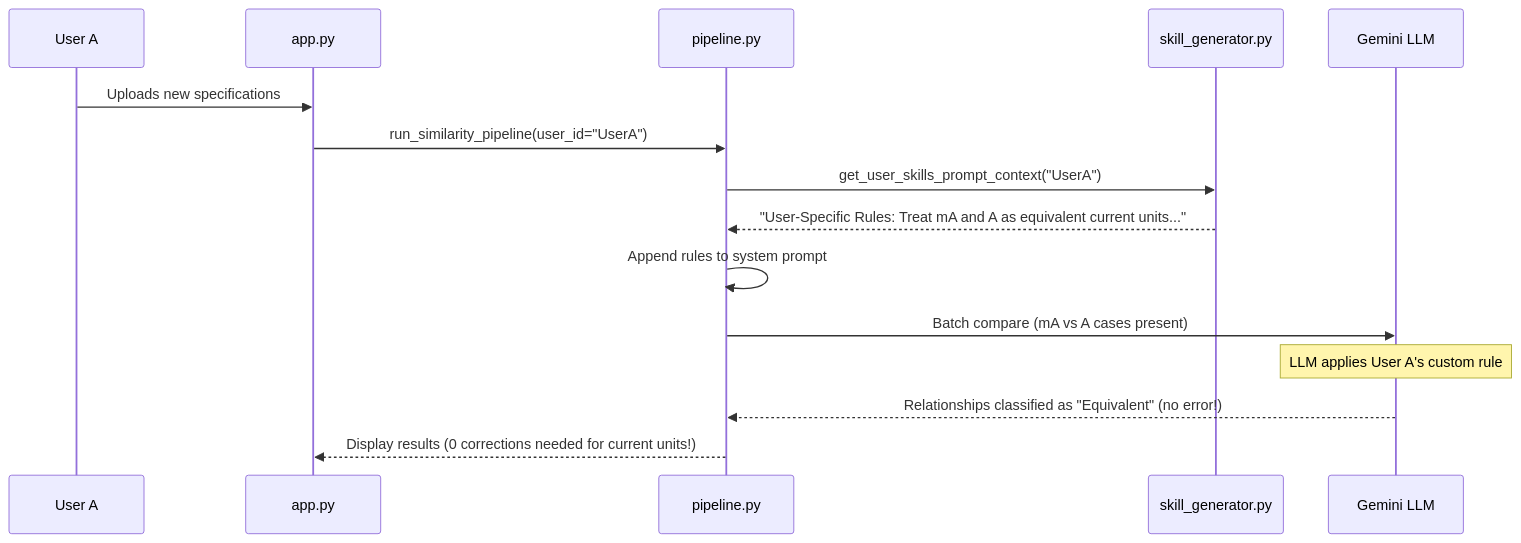
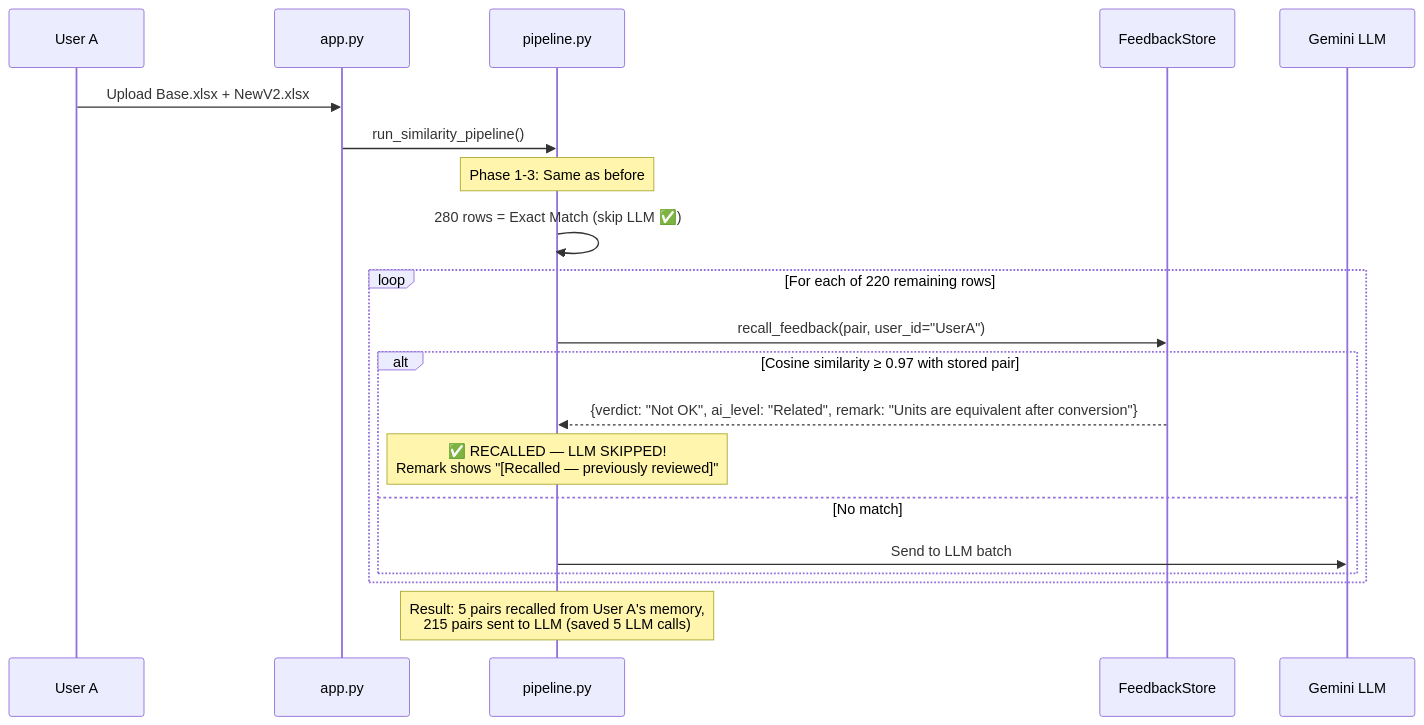
One commit to Vignesh-Manivasakam/Exchange changed the third of 5 diagrams in Exchange/implementation_plan.md. Above: the diagram before and after it, drawn with Mermaid. The commit also changed other lines of this file, not shown here.

````diff
--- a/Exchange/implementation_plan.md
+++ b/Exchange/implementation_plan.md
@@ -152,18 +146,27 @@
 ```mermaid
 sequenceDiagram
     participant UA as User A
     participant APP as app.py
     participant PL as pipeline.py
-    participant SG as skill_generator.py
+    participant FS as FeedbackStore
     participant LLM as Gemini LLM
 
-    UA->>APP: Uploads new specifications
-    APP->>PL: run_similarity_pipeline(user_id="UserA")
-    PL->>SG: get_user_skills_prompt_context("UserA")
-    SG-->>PL: "User-Specific Rules: Treat mA and A as equivalent current units..."
-    PL->>PL: Append rules to system prompt
-    PL->>LLM: Batch compare (mA vs A cases present)
-    Note over LLM: LLM applies User A's custom rule
-    LLM-->>PL: Relationships classified as "Equivalent" (no error!)
-    PL-->>APP: Display results (0 corrections needed for current units!)
+    UA->>APP: Upload Base.xlsx + NewV2.xlsx
+    APP->>PL: run_similarity_pipeline()
+    
+    Note over PL: Phase 1-3: Same as before
+    
+    PL->>PL: 280 rows = Exact Match (skip LLM ✅)
+    
+    loop For each of 220 remaining rows
+        PL->>FS: recall_feedback(pair, user_id="UserA")
+        alt Cosine similarity ≥ 0.97 with stored pair
+            FS-->>PL: {verdict: "Not OK", ai_level: "Related", remark: "Units are equivalent after conversion"}
+            Note over PL: ✅ RECALLED — LLM SKIPPED!<br/>Remark shows "[Recalled — previously reviewed]"
+        else No match
+            PL->>LLM: Send to LLM batch
+        end
+    end
+    
+    Note over PL: Result: 5 pairs recalled from User A's memory,<br/>215 pairs sent to LLM (saved 5 LLM calls)
 ```
````
